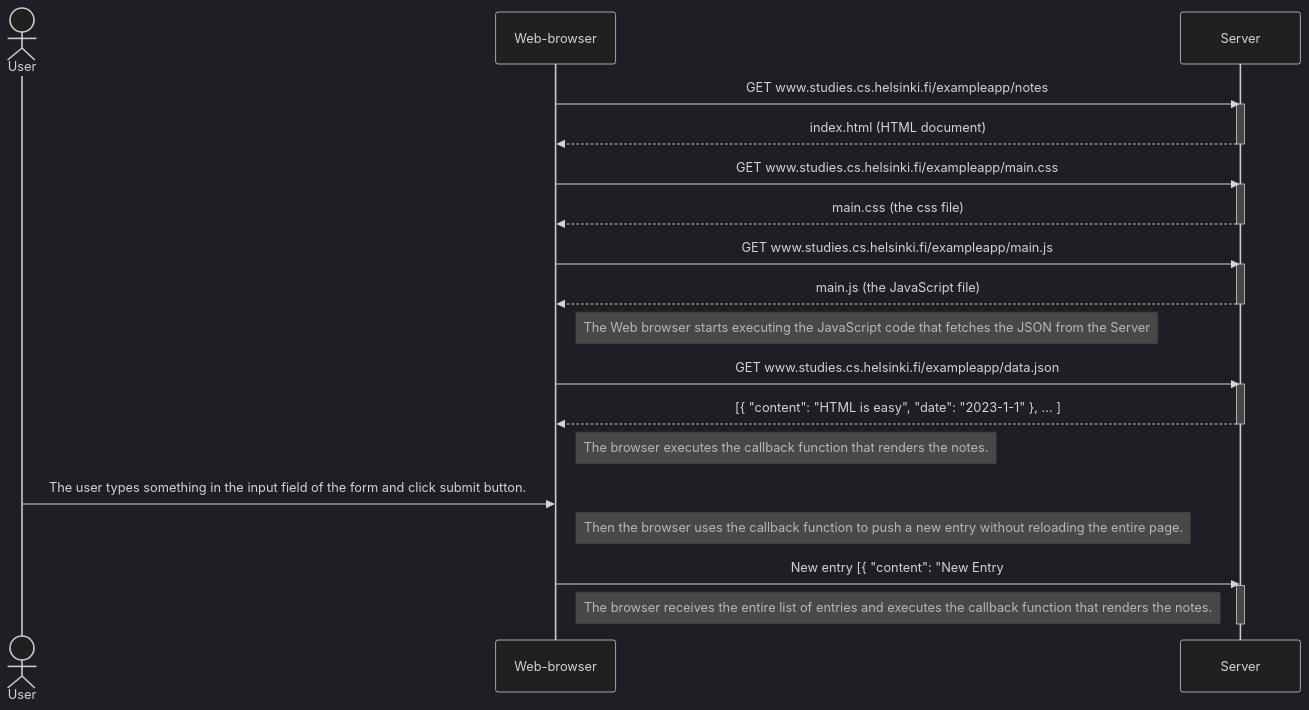
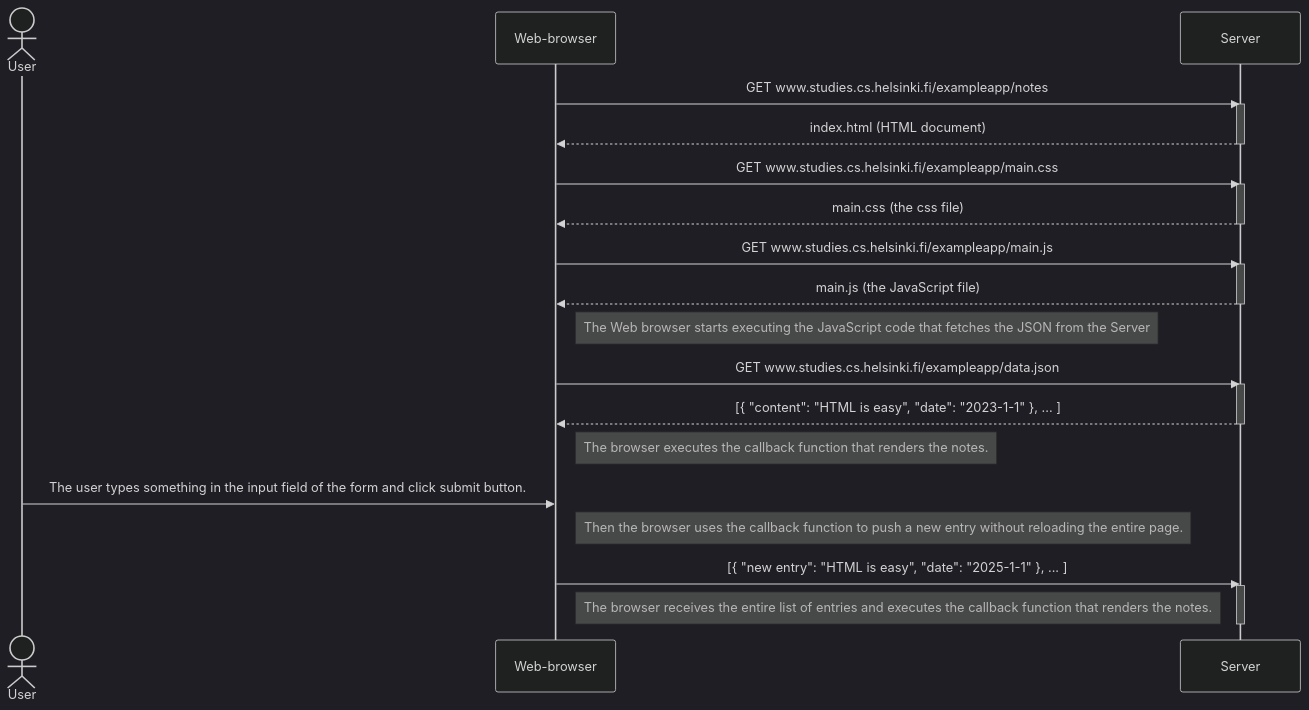
Before and after one commit to lonchanick/fullstackopen: the diagram in Part0/0.4.MD, drawn with Mermaid (dark theme).

````diff
--- a/Part0/0.4.MD
+++ b/Part0/0.4.MD
@@ -1,42 +1,42 @@
 ```mermaid
 sequenceDiagram
 actor User
 participant Web-browser
 participant Server
 
 Web-browser->>Server: GET www.studies.cs.helsinki.fi/exampleapp/notes
 activate Server
 Server-->>Web-browser: index.html (HTML document)
 deactivate Server
 
 Web-browser->>Server: GET www.studies.cs.helsinki.fi/exampleapp/main.css
 activate Server
 Server-->>Web-browser: main.css (the css file)
 deactivate Server
 
 Web-browser->>Server: GET www.studies.cs.helsinki.fi/exampleapp/main.js
 activate Server
 Server-->>Web-browser: main.js (the JavaScript file)
 deactivate Server
 
 Note right of Web-browser: The Web browser starts executing the JavaScript code that fetches the JSON from the Server
 
 Web-browser->>Server: GET www.studies.cs.helsinki.fi/exampleapp/data.json
 activate Server
 Server-->>Web-browser: [{ "content": "HTML is easy", "date": "2023-1-1" }, ... ]
 deactivate Server
 
 Note right of Web-browser: The browser executes the callback function that renders the notes.
 
 
 User->>Web-browser: The user types something in the input field of the form and click submit button.
 activate User
 
 Note right of Web-browser: Then the browser uses the callback function to push a new entry without reloading the entire page.
 
-Web-browser->>Server: New entry [{ "content": "New Entry#2", "date": "2025-06-12" }, ... ]
+Web-browser->>Server: [{ "new entry": "HTML is easy", "date": "2025-1-1" }, ... ]
 activate Server
 
 Note right of Web-browser: The browser receives the entire list of entries and executes the callback function that renders the notes.
 deactivate Server
 ```
````
